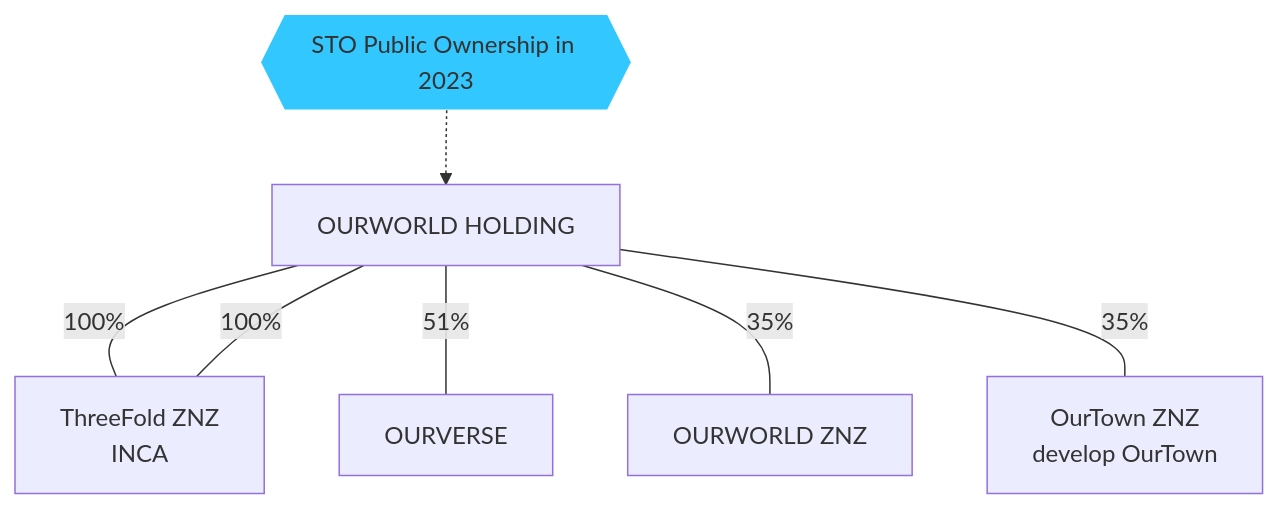
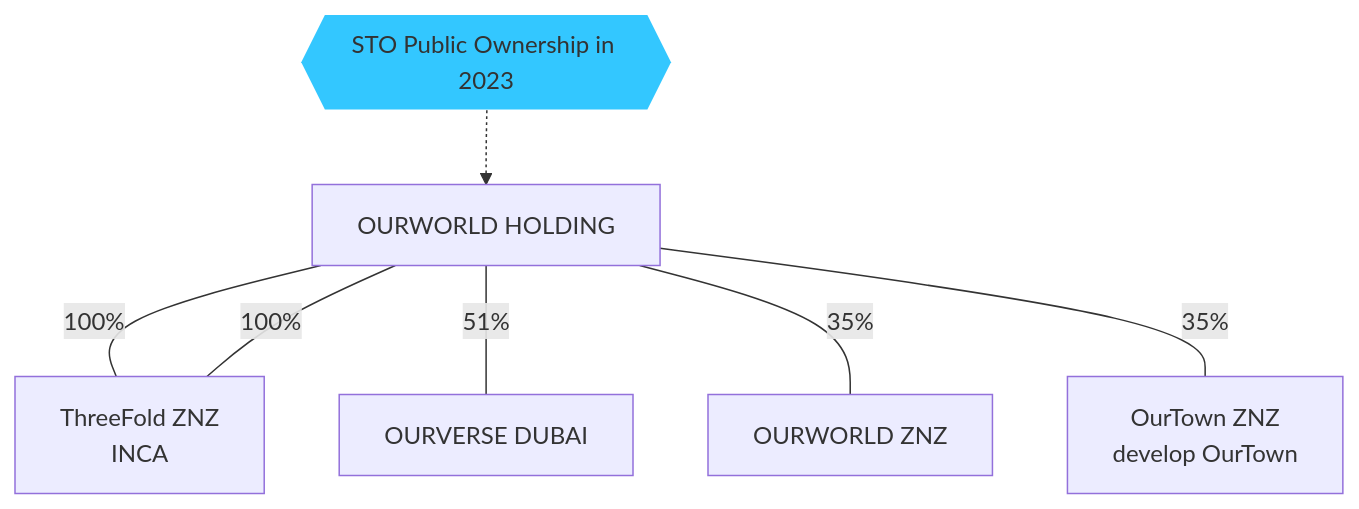
Before and after one commit to ourworldventures/ourworld_books_OLD: the first of 3 diagrams in content/ourworld_ecosystem/ourworld_ecosystem.md, drawn with Mermaid. The commit also changed 1681 other files, not shown here.

````diff
--- a/content/ourworld_ecosystem/ourworld_ecosystem.md
+++ b/content/ourworld_ecosystem/ourworld_ecosystem.md
@@ -4,18 +4,18 @@
 ```mermaid
 flowchart TD
 
 HOLDING[OURWORLD HOLDING] 
-HOLDING ---|100%| THREEFOLD 
-HOLDING ---|51%| OURVERSE
+HOLDING ---|100%| THREEFOLD[THREEFOLD] 
+HOLDING ---|51%| OURVERSE[OURVERSE DUBAI]
 HOLDING ---|35%| OURWORLDZNZ[OURWORLD ZNZ]
 HOLDING ---|35%| OURTOWN[OurTown ZNZ<br>develop OurTown]
 HOLDING ---|100%| THREEFOLD[ThreeFold ZNZ<br>INCA]
 
 
 STO{{STO Public Ownership in 2023}} -.-> HOLDING
 
 %% style OURTOWN fill:##FFC300,stroke:#333,stroke-width:0px,align:right
 %% style OUREXPERIENCE fill:#FDF2D3,stroke:#333,stroke-width:0px
 %% style OURINTERNET fill:#33C7FF,stroke:#333,stroke-width:0px
 style STO fill:#33C7FF,stroke:#333,stroke-width:0px
 ```
````
